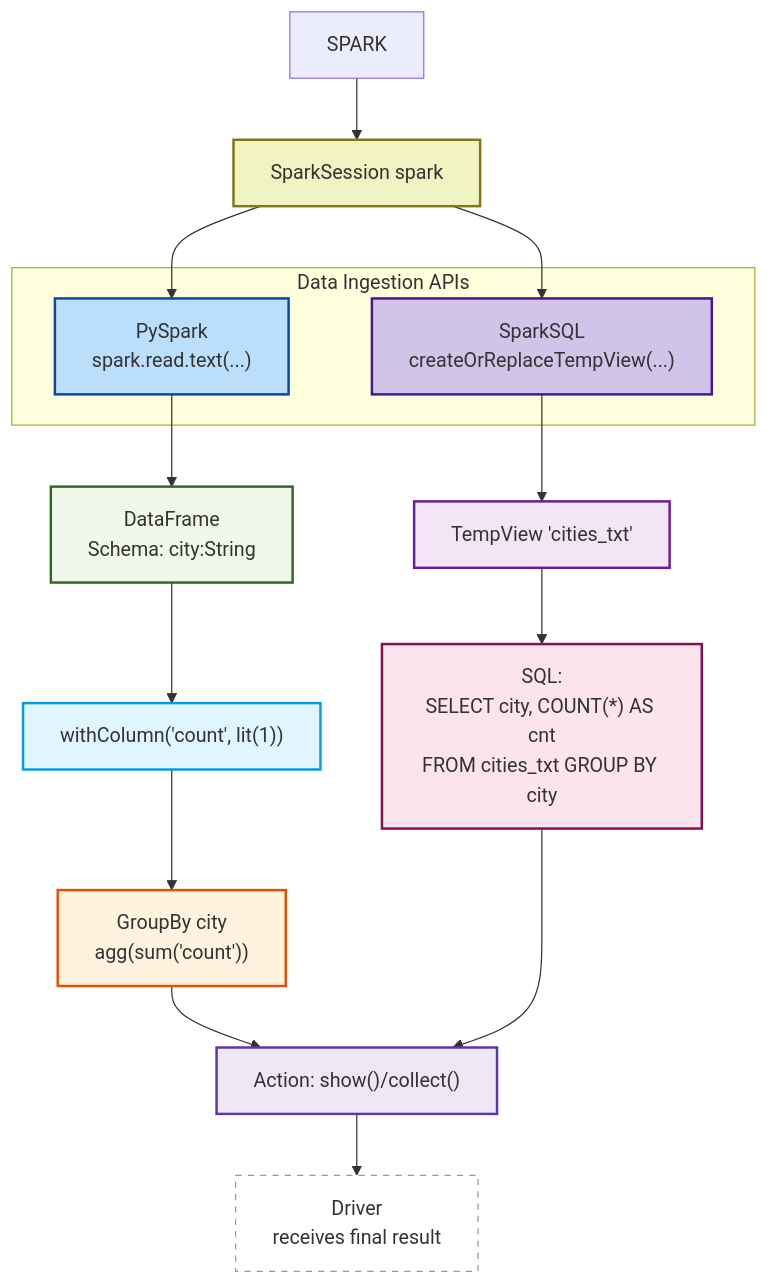
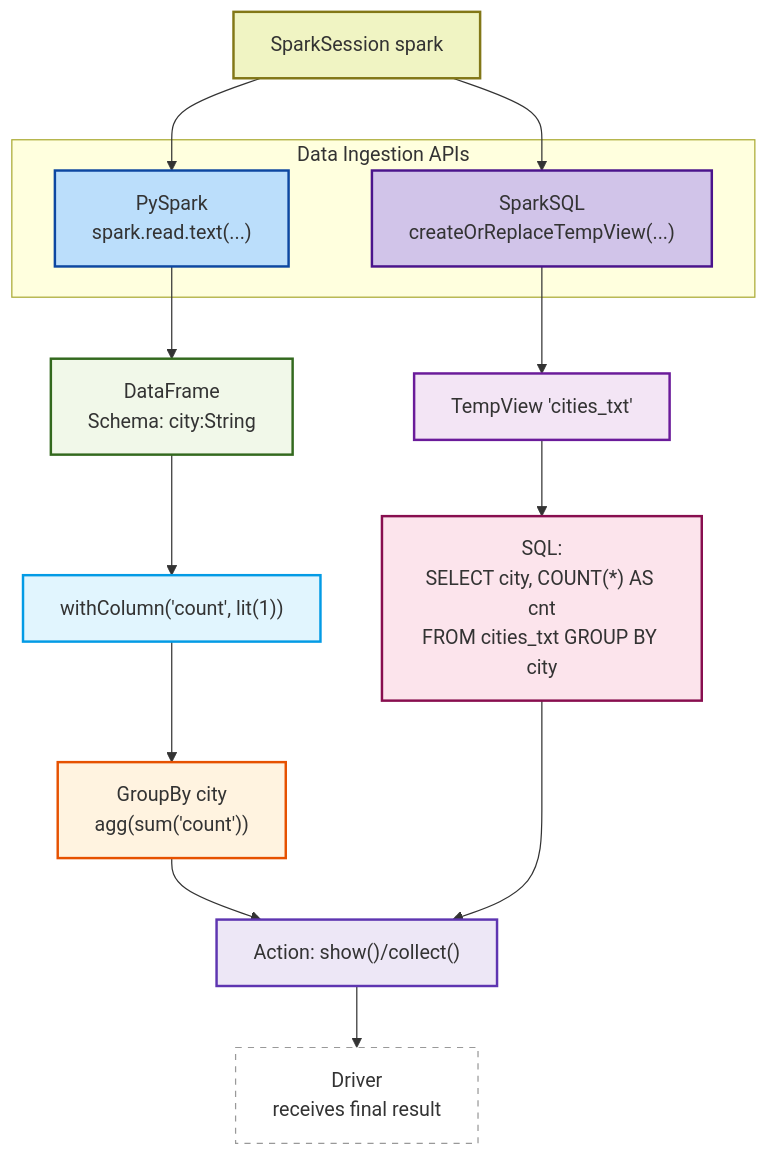
The first of 3 diagrams in README.md (blaire101/Spark-Journey-2025), drawn with Mermaid before and after one commit.

````diff
--- a/README.md
+++ b/README.md
@@ -6,34 +6,33 @@
 ```mermaid
 flowchart TB
     Session["SparkSession spark"]
     subgraph APIs ["Data Ingestion APIs"]
       PyAPI["PySpark<br>spark.read.text(...)"]
       SQLAPI["SparkSQL<br>createOrReplaceTempView(...)"]
     end
 
-    SPARK --> Session
     Session --> PyAPI
     Session --> SQLAPI
 
     PyAPI --> DF1["DataFrame<br>Schema: city:String"]
     SQLAPI --> TempView["TempView 'cities_txt'"]
 
     DF1 --> WithCount["withColumn('count', lit(1))"]
     TempView --> SQL1["SQL:<br>SELECT city, COUNT(*) AS cnt<br>FROM cities_txt GROUP BY city"]
 
     WithCount --> GroupByDF["GroupBy city<br>agg(sum('count'))"]
     GroupByDF & SQL1 --> Action["Action: show()/collect()"]
     Action --> Driver["Driver<br>receives final result"]
 
     %% Styling
     style Session  fill:#f0f4c3,stroke:#827717,stroke-width:2px
     style PyAPI    fill:#bbdefb,stroke:#0d47a1,stroke-width:2px
     style SQLAPI   fill:#d1c4e9,stroke:#4a148c,stroke-width:2px
     style DF1      fill:#f1f8e9,stroke:#33691e,stroke-width:2px
     style WithCount fill:#e1f5fe,stroke:#039be5,stroke-width:2px
     style GroupByDF fill:#fff3e0,stroke:#e65100,stroke-width:2px
     style TempView fill:#f3e5f5,stroke:#6a1b9a,stroke-width:2px
     style SQL1     fill:#fce4ec,stroke:#880e4f,stroke-width:2px
     style Action   fill:#ede7f6,stroke:#5e35b1,stroke-width:2px
     style Driver   fill:#ffffff,stroke:#999,stroke-width:1px,stroke-dasharray:5 5
 ```
````
